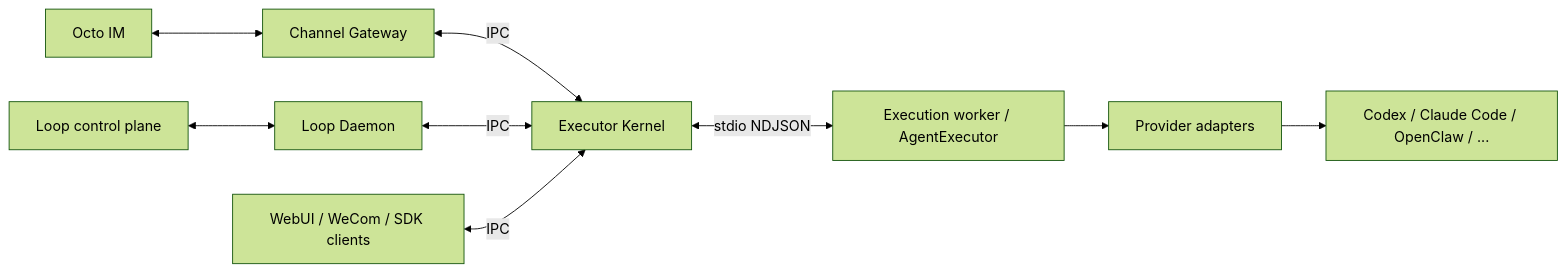
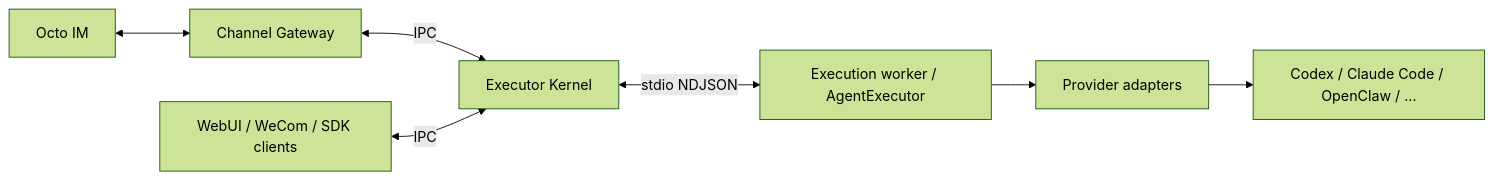
Before and after one commit to Liuxy20/octo-runtime: the diagram in README.md, drawn with Mermaid (forest theme). The commit also changed other lines of this file and 102 other files, not shown here.

````diff
--- a/README.md
+++ b/README.md
@@ -22,11 +24,9 @@
 ```mermaid
 flowchart LR
   IM[Octo IM] <--> Gateway[Channel Gateway]
-  Loop[Loop control plane] <--> Daemon[Loop Daemon]
   Gateway <-->|IPC| Kernel[Executor Kernel]
-  Daemon <-->|IPC| Kernel
   Other[WebUI / WeCom / SDK clients] <-->|IPC| Kernel
   Kernel <-->|stdio NDJSON| Worker[Execution worker / AgentExecutor]
   Worker --> Adapter[Provider adapters]
   Adapter --> Providers[Codex / Claude Code / OpenClaw / ...]
 ```
````
